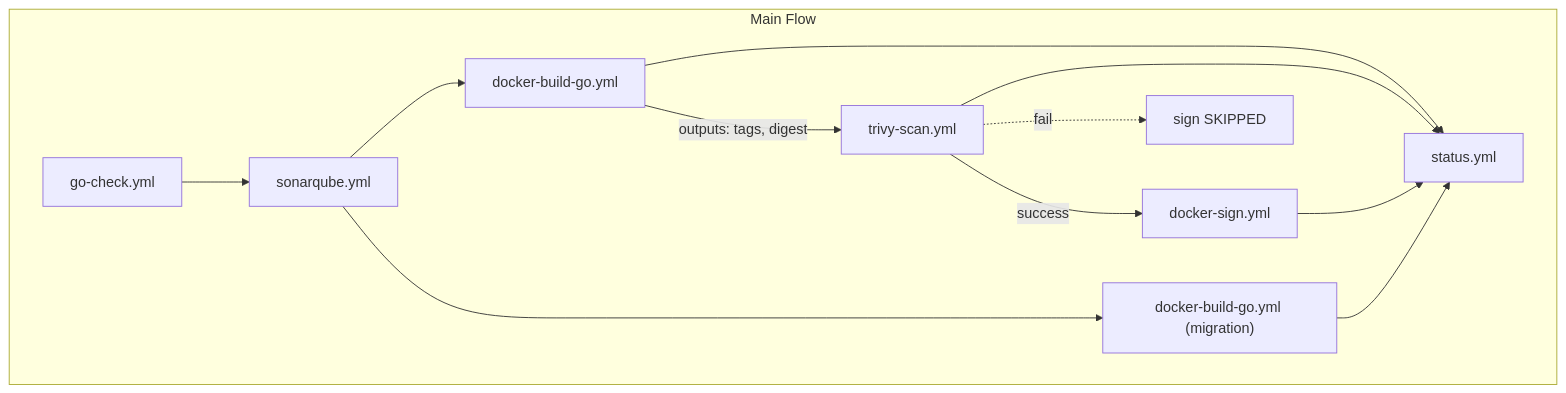
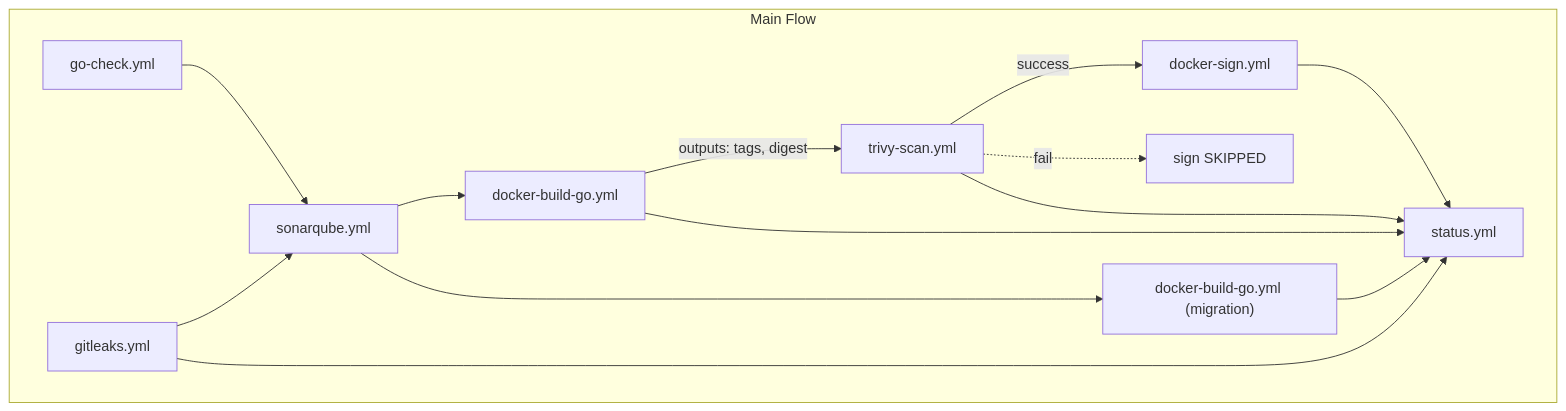
One commit to duyhenryer/shared-workflows changed the fourth of 4 diagrams in USAGE.md. Above: the diagram before and after it, drawn with Mermaid. The commit also changed other lines of this file and 3 other files, not shown here.

````diff
--- a/USAGE.md
+++ b/USAGE.md
@@ -468,27 +550,30 @@
 ```mermaid
 flowchart TD
     subgraph main_flow ["Main Flow"]
         GOCHECK2["go-check.yml"]
+        GITLEAKS2["gitleaks.yml"]
         SONAR2["sonarqube.yml"]
 
         BUILD["docker-build-go.yml"]
         SCAN["trivy-scan.yml"]
         SIGN["docker-sign.yml"]
 
         DBINIT["docker-build-go.yml (migration)"]
 
         NOTIFY2["status.yml"]
 
         GOCHECK2 --> SONAR2
+        GITLEAKS2 --> SONAR2
         SONAR2 --> BUILD
         SONAR2 --> DBINIT
         BUILD -->|"outputs: tags, digest"| SCAN
         SCAN -->|"success"| SIGN
         SCAN -.->|"fail"| SIGN_SKIP["sign SKIPPED"]
 
         BUILD --> NOTIFY2
         SCAN --> NOTIFY2
         SIGN --> NOTIFY2
+        GITLEAKS2 --> NOTIFY2
         DBINIT --> NOTIFY2
     end
 ```
````
